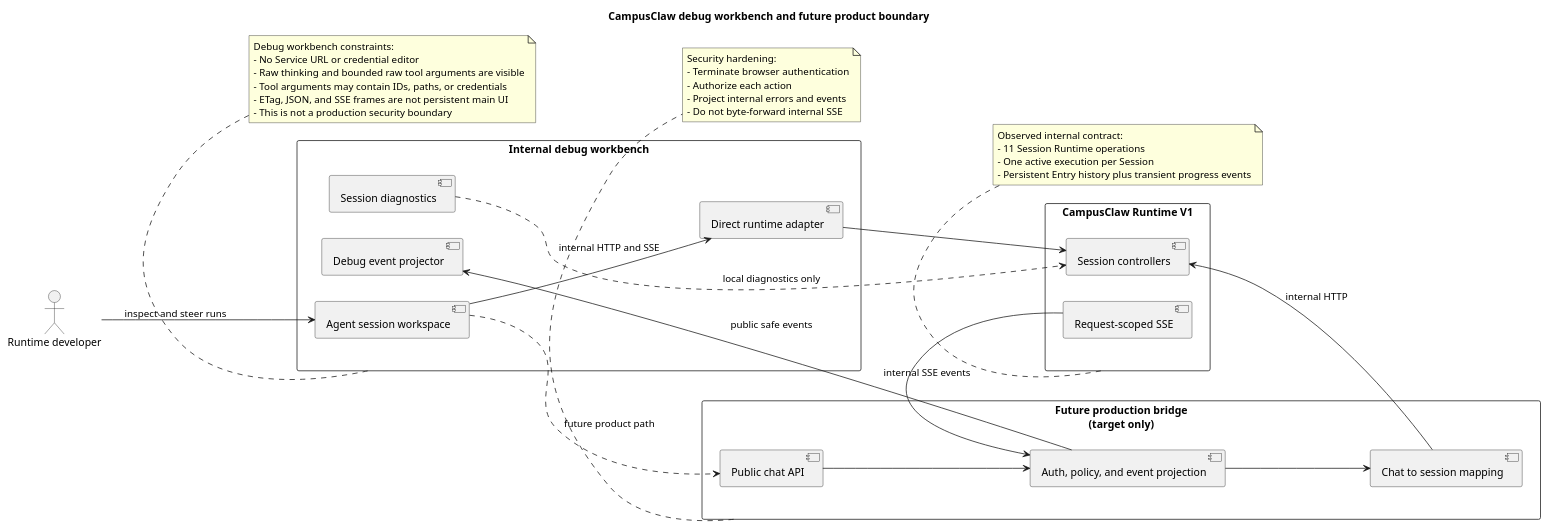
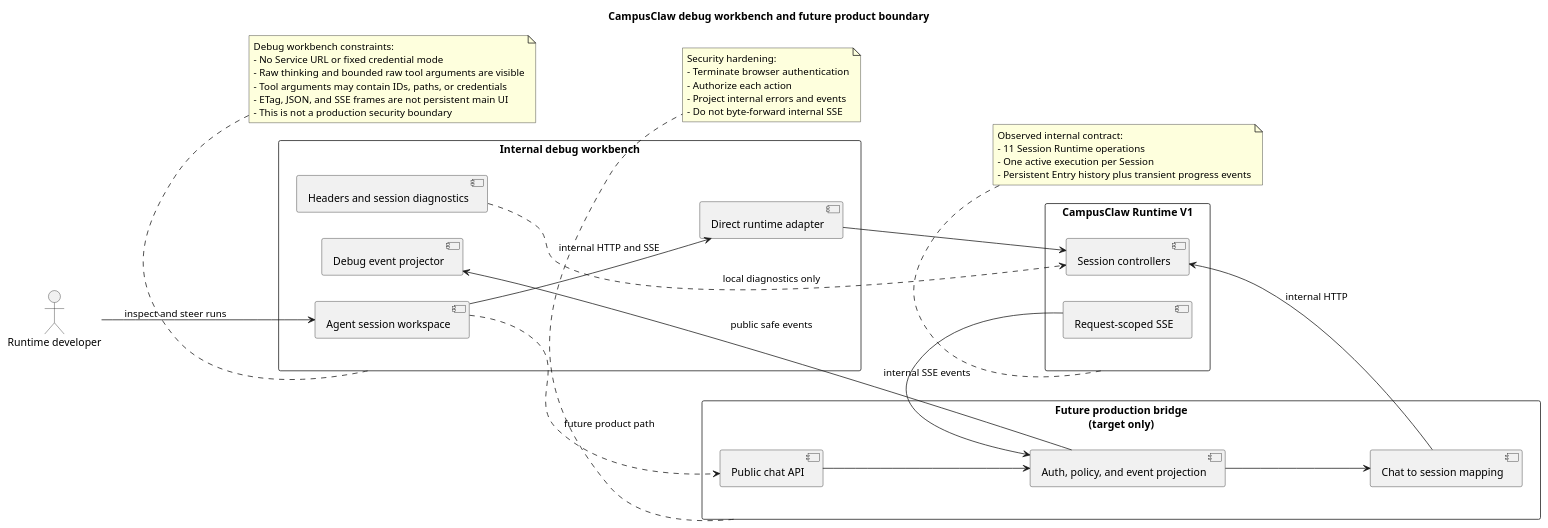
Before and after one commit to 2862282695gjh-afk/pi-mono-java: the first of 4 diagrams in docs/designs/campusclaw-frontend/diagram.puml, drawn with PlantUML. The commit also changed other lines of this file and 16 other files, not shown here.

```diff
--- a/docs/designs/campusclaw-frontend/diagram.puml
+++ b/docs/designs/campusclaw-frontend/diagram.puml
@@ -1,70 +1,70 @@
 @startuml frontend_product_boundary
-' Backend source baseline: origin/main 63adc08cf5c57e3a7cc3caa317452062606ce8b4.
-' Frontend interaction-refinement baseline: PR 179 commit e4ef301cc7cbf93c4a651c060e2c48ebcec74cbd.
+' Backend source baseline: origin/main dee709fc584dd722d2e94eb381338b997659e35a.
+' Frontend pre-change baseline: origin/main dee709fc584dd722d2e94eb381338b997659e35a.
 ' Source evidence: frontend/src/App.vue (createSession, resumeSession, submit, product shell).
 ' Source evidence: frontend/src/composables/useRuntimeApi.ts (useRuntimeApi, requestRaw, consumeSse).
 ' Source evidence: frontend/src/projectors/runtimeEventProjector.ts (projectRuntimeEvents).
 ' Source evidence: modules/coding-agent-cli/src/main/java/com/campusclaw/codingagent/runtimeapi/web/RuntimeSessionController.java.
 ' Source evidence: modules/coding-agent-cli/src/main/java/com/campusclaw/codingagent/runtimeapi/web/RuntimeEventController.java.
 ' Observed behavior: the internal workbench calls Runtime V1 directly and renders raw thinking plus bounded raw tool arguments.
 ' Target-only design: the production UI uses a public bridge; the mate-service Agent, Chat, Attachment, and public event contracts do not exist yet.
 ' Architecture change: the current frontend is an internal debug workbench, not a production security boundary.
 ' Design reason: runtime developers need exact call parameters, while a future production UI still needs an independent public boundary.
 
 title CampusClaw debug workbench and future product boundary
 left to right direction
 
 actor "Runtime developer" as Developer
 rectangle "Internal debug workbench" as Frontend {
   component "Agent session workspace" as Workspace
   component "Debug event projector" as Projector
   component "Direct runtime adapter" as DirectAdapter
-  component "Session diagnostics" as Diagnostics
+  component "Headers and session diagnostics" as Diagnostics
 }
 
 rectangle "Future production bridge\n(target only)" as Mate {
   component "Public chat API" as PublicApi
   component "Chat to session mapping" as Mapping
   component "Auth, policy, and event projection" as Policy
 }
 
 rectangle "CampusClaw Runtime V1" as Runtime {
   component "Session controllers" as Sessions
   component "Request-scoped SSE" as Stream
 }
 
 Developer --> Workspace : inspect and steer runs
 Workspace --> DirectAdapter : internal HTTP and SSE
 DirectAdapter --> Sessions
 Workspace ..> PublicApi : future product path
 PublicApi --> Policy
 Policy --> Mapping
 Mapping --> Sessions : internal HTTP
 Stream --> Policy : internal SSE events
 Policy --> Projector : public safe events
 Diagnostics ..> Sessions : local diagnostics only
 
 note bottom of Frontend
 Debug workbench constraints:
-- No Service URL or credential editor
+- No Service URL or fixed credential mode
 - Raw thinking and bounded raw tool arguments are visible
 - Tool arguments may contain IDs, paths, or credentials
 - ETag, JSON, and SSE frames are not persistent main UI
 - This is not a production security boundary
 end note
 
 note bottom of Mate
 Security hardening:
 - Terminate browser authentication
 - Authorize each action
 - Project internal errors and events
 - Do not byte-forward internal SSE
 end note
 
 note bottom of Runtime
 Observed internal contract:
 - 11 Session Runtime operations
 - One active execution per Session
 - Persistent Entry history plus transient progress events
 end note
 @enduml
```
